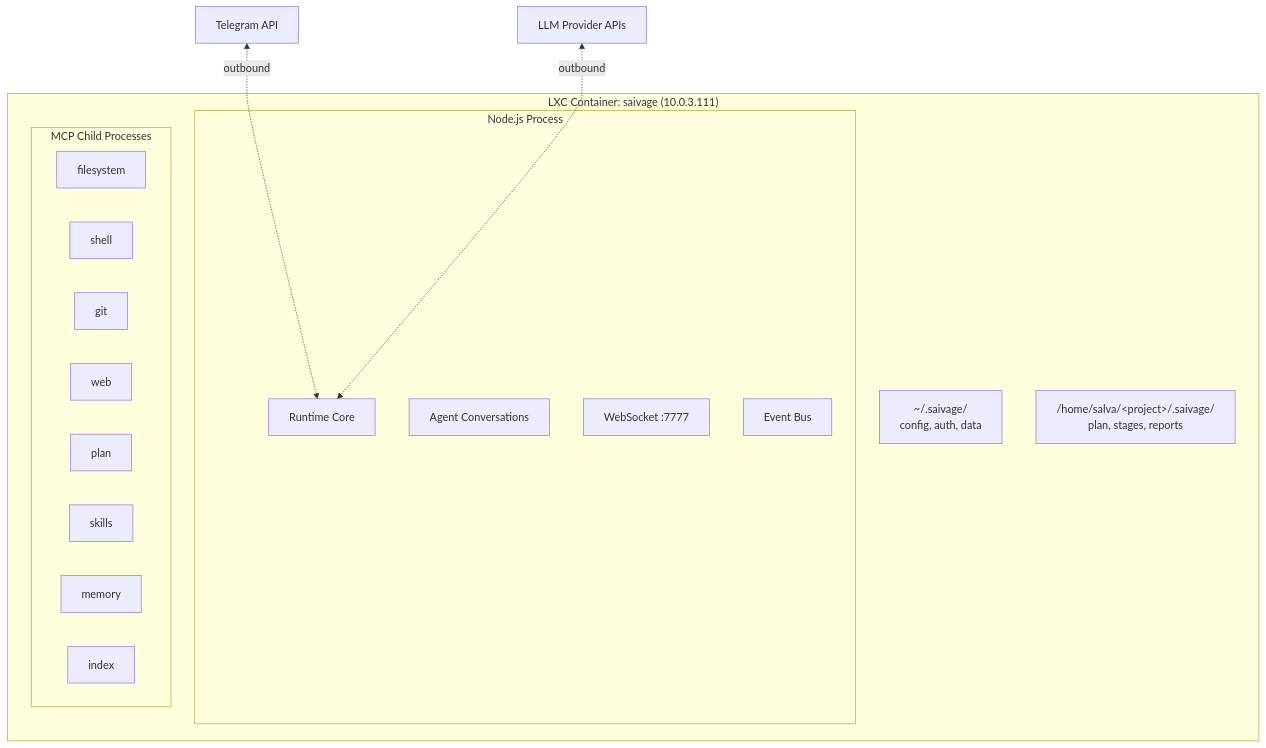
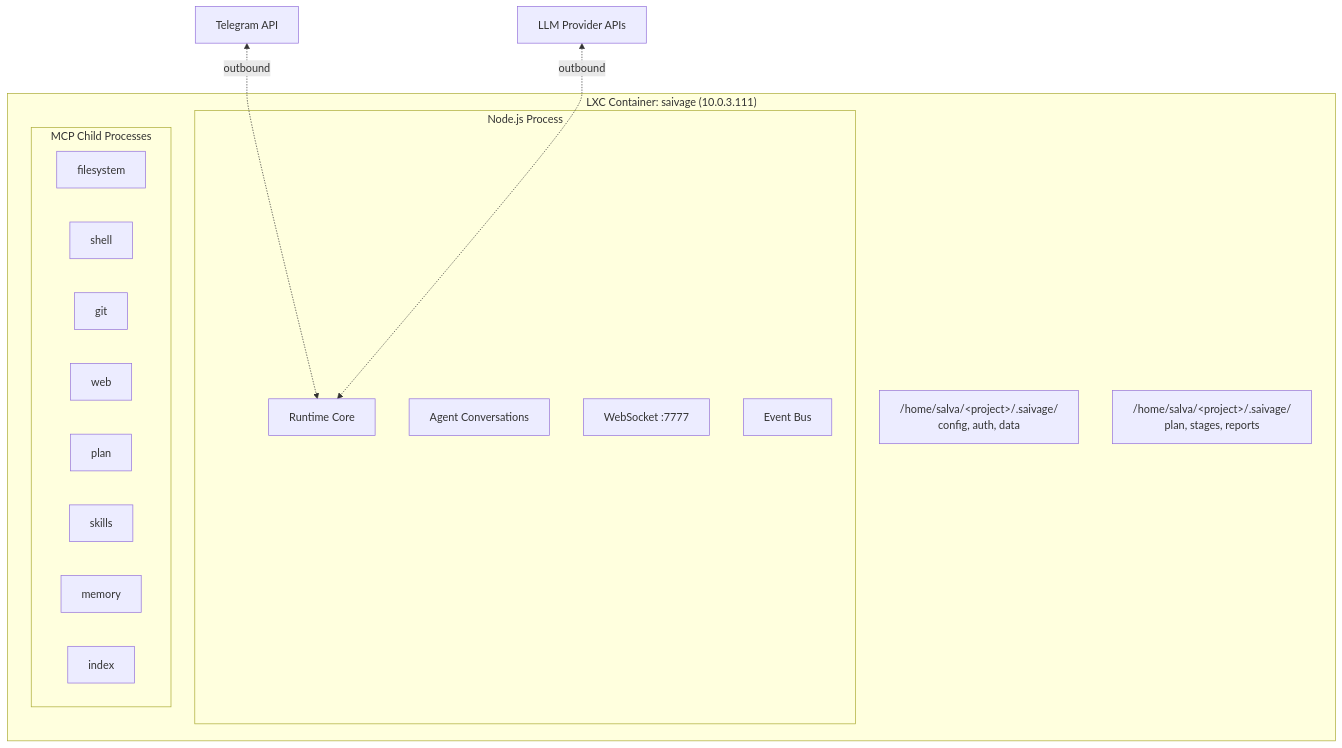
Diagram 13 of 14 in SPEC/v2/06-SYSTEM-DESIGN.md (sfanapolo/saivage), drawn with Mermaid before and after one commit. The commit also changed other lines of this file and 63 other files, not shown here.

````diff
--- a/SPEC/v2/06-SYSTEM-DESIGN.md
+++ b/SPEC/v2/06-SYSTEM-DESIGN.md
@@ -650,20 +649,20 @@
 ```mermaid
 graph TB
     subgraph "LXC Container: saivage (10.0.3.111)"
         subgraph "Node.js Process"
             CORE["Runtime Core"]
             AGENTS["Agent Conversations"]
             WS["WebSocket :7777"]
             EBUS["Event Bus"]
         end
         subgraph "MCP Child Processes"
             FS["filesystem"] & SH["shell"] & GIT["git"] & WEB["web"]
             PLAN["plan"] & SK["skills"] & MEM["memory"] & IDX["index"]
         end
-        GLOBAL["~/.saivage/<br/>config, auth, data"]
+        GLOBAL["/home/salva/&lt;project&gt;/.saivage/<br/>config, auth, data"]
         PROJECT["/home/salva/&lt;project&gt;/.saivage/<br/>plan, stages, reports"]
     end
 
     TG_API["Telegram API"] <-.->|"outbound"| CORE
     LLM_API["LLM Provider APIs"] <-.->|"outbound"| CORE
 ```
````
